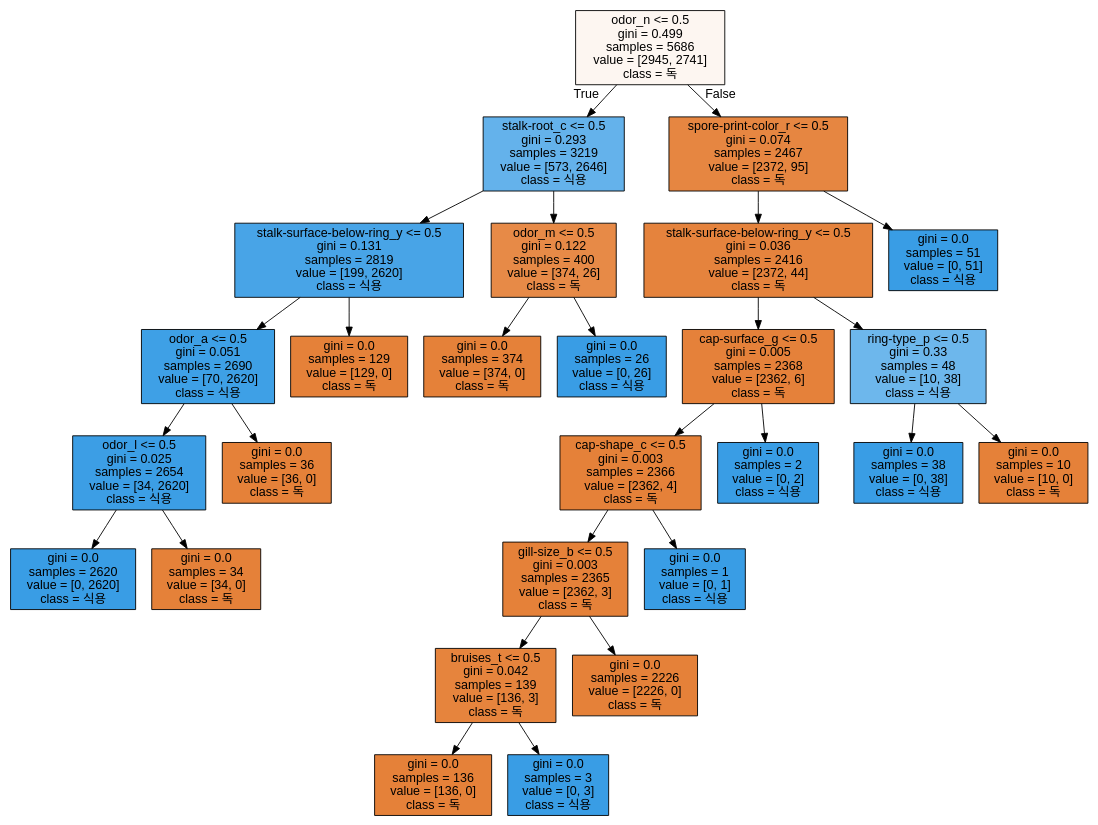
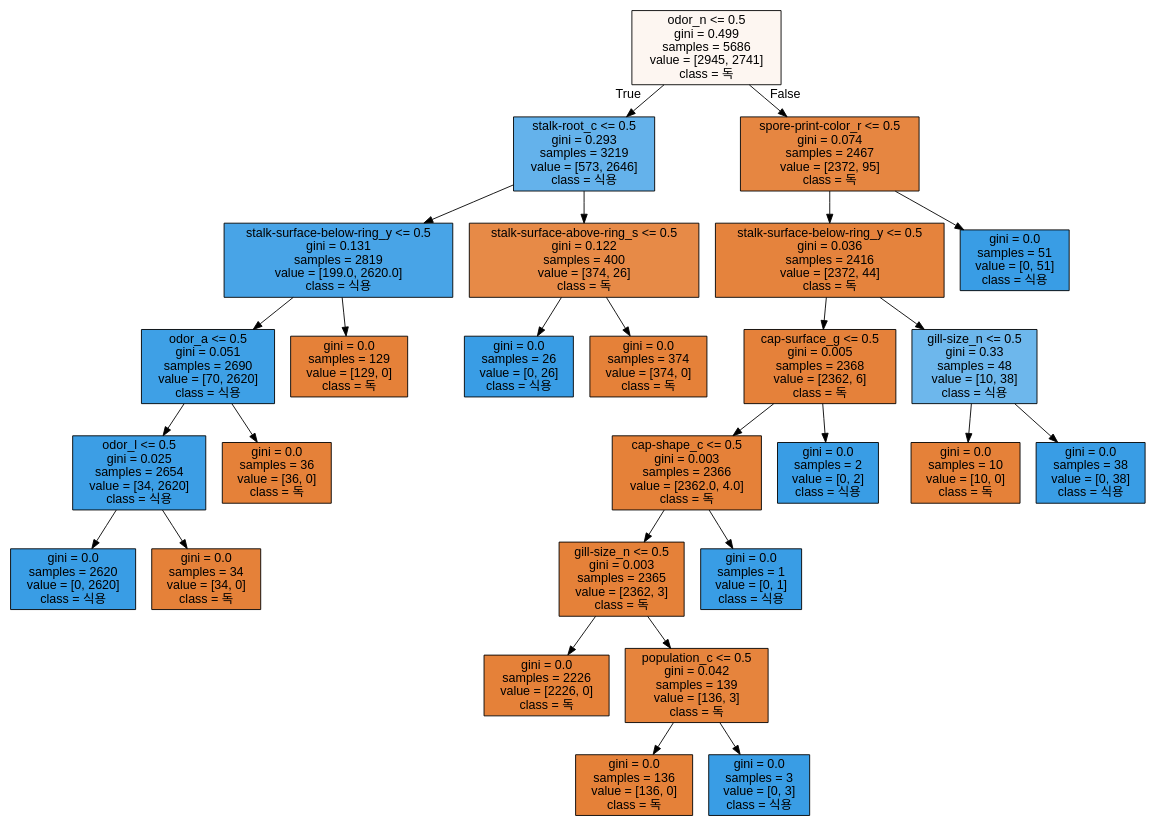
Before and after one commit to anhyunji494/python-basic: the diagram in 5. Machine Learning/data/tree1.dot, drawn with Graphviz. The commit also changed 2 other files, not shown here.

```diff
--- a/5. Machine Learning/data/tree1.dot
+++ b/5. Machine Learning/data/tree1.dot
@@ -1,57 +1,57 @@
 digraph Tree {
 node [shape=box, style="filled", color="black", fontname="helvetica"] ;
 edge [fontname="helvetica"] ;
 0 [label="odor_n <= 0.5\ngini = 0.499\nsamples = 5686\nvalue = [2945, 2741]\nclass = 독", fillcolor="#fdf6f1"] ;
 1 [label="stalk-root_c <= 0.5\ngini = 0.293\nsamples = 3219\nvalue = [573, 2646]\nclass = 식용", fillcolor="#64b2eb"] ;
 0 -> 1 [labeldistance=2.5, labelangle=45, headlabel="True"] ;
-2 [label="stalk-surface-below-ring_y <= 0.5\ngini = 0.131\nsamples = 2819\nvalue = [199, 2620]\nclass = 식용", fillcolor="#48a4e7"] ;
+2 [label="stalk-surface-below-ring_y <= 0.5\ngini = 0.131\nsamples = 2819\nvalue = [199.0, 2620.0]\nclass = 식용", fillcolor="#48a4e7"] ;
 1 -> 2 ;
 3 [label="odor_a <= 0.5\ngini = 0.051\nsamples = 2690\nvalue = [70, 2620]\nclass = 식용", fillcolor="#3ea0e6"] ;
 2 -> 3 ;
 4 [label="odor_l <= 0.5\ngini = 0.025\nsamples = 2654\nvalue = [34, 2620]\nclass = 식용", fillcolor="#3c9ee5"] ;
 3 -> 4 ;
 5 [label="gini = 0.0\nsamples = 2620\nvalue = [0, 2620]\nclass = 식용", fillcolor="#399de5"] ;
 4 -> 5 ;
 6 [label="gini = 0.0\nsamples = 34\nvalue = [34, 0]\nclass = 독", fillcolor="#e58139"] ;
 4 -> 6 ;
 7 [label="gini = 0.0\nsamples = 36\nvalue = [36, 0]\nclass = 독", fillcolor="#e58139"] ;
 3 -> 7 ;
 8 [label="gini = 0.0\nsamples = 129\nvalue = [129, 0]\nclass = 독", fillcolor="#e58139"] ;
 2 -> 8 ;
-9 [label="odor_m <= 0.5\ngini = 0.122\nsamples = 400\nvalue = [374, 26]\nclass = 독", fillcolor="#e78a47"] ;
+9 [label="stalk-surface-above-ring_s <= 0.5\ngini = 0.122\nsamples = 400\nvalue = [374, 26]\nclass = 독", fillcolor="#e78a47"] ;
 1 -> 9 ;
-10 [label="gini = 0.0\nsamples = 374\nvalue = [374, 0]\nclass = 독", fillcolor="#e58139"] ;
+10 [label="gini = 0.0\nsamples = 26\nvalue = [0, 26]\nclass = 식용", fillcolor="#399de5"] ;
 9 -> 10 ;
-11 [label="gini = 0.0\nsamples = 26\nvalue = [0, 26]\nclass = 식용", fillcolor="#399de5"] ;
+11 [label="gini = 0.0\nsamples = 374\nvalue = [374, 0]\nclass = 독", fillcolor="#e58139"] ;
 9 -> 11 ;
 12 [label="spore-print-color_r <= 0.5\ngini = 0.074\nsamples = 2467\nvalue = [2372, 95]\nclass = 독", fillcolor="#e68641"] ;
 0 -> 12 [labeldistance=2.5, labelangle=-45, headlabel="False"] ;
 13 [label="stalk-surface-below-ring_y <= 0.5\ngini = 0.036\nsamples = 2416\nvalue = [2372, 44]\nclass = 독", fillcolor="#e5833d"] ;
 12 -> 13 ;
 14 [label="cap-surface_g <= 0.5\ngini = 0.005\nsamples = 2368\nvalue = [2362, 6]\nclass = 독", fillcolor="#e5813a"] ;
 13 -> 14 ;
-15 [label="cap-shape_c <= 0.5\ngini = 0.003\nsamples = 2366\nvalue = [2362, 4]\nclass = 독", fillcolor="#e58139"] ;
+15 [label="cap-shape_c <= 0.5\ngini = 0.003\nsamples = 2366\nvalue = [2362.0, 4.0]\nclass = 독", fillcolor="#e58139"] ;
 14 -> 15 ;
-16 [label="gill-size_b <= 0.5\ngini = 0.003\nsamples = 2365\nvalue = [2362, 3]\nclass = 독", fillcolor="#e58139"] ;
+16 [label="gill-size_n <= 0.5\ngini = 0.003\nsamples = 2365\nvalue = [2362, 3]\nclass = 독", fillcolor="#e58139"] ;
 15 -> 16 ;
-17 [label="bruises_t <= 0.5\ngini = 0.042\nsamples = 139\nvalue = [136, 3]\nclass = 독", fillcolor="#e6843d"] ;
+17 [label="gini = 0.0\nsamples = 2226\nvalue = [2226, 0]\nclass = 독", fillcolor="#e58139"] ;
 16 -> 17 ;
-18 [label="gini = 0.0\nsamples = 136\nvalue = [136, 0]\nclass = 독", fillcolor="#e58139"] ;
-17 -> 18 ;
-19 [label="gini = 0.0\nsamples = 3\nvalue = [0, 3]\nclass = 식용", fillcolor="#399de5"] ;
-17 -> 19 ;
-20 [label="gini = 0.0\nsamples = 2226\nvalue = [2226, 0]\nclass = 독", fillcolor="#e58139"] ;
-16 -> 20 ;
+18 [label="population_c <= 0.5\ngini = 0.042\nsamples = 139\nvalue = [136, 3]\nclass = 독", fillcolor="#e6843d"] ;
+16 -> 18 ;
+19 [label="gini = 0.0\nsamples = 136\nvalue = [136, 0]\nclass = 독", fillcolor="#e58139"] ;
+18 -> 19 ;
+20 [label="gini = 0.0\nsamples = 3\nvalue = [0, 3]\nclass = 식용", fillcolor="#399de5"] ;
+18 -> 20 ;
 21 [label="gini = 0.0\nsamples = 1\nvalue = [0, 1]\nclass = 식용", fillcolor="#399de5"] ;
 15 -> 21 ;
 22 [label="gini = 0.0\nsamples = 2\nvalue = [0, 2]\nclass = 식용", fillcolor="#399de5"] ;
 14 -> 22 ;
-23 [label="ring-type_p <= 0.5\ngini = 0.33\nsamples = 48\nvalue = [10, 38]\nclass = 식용", fillcolor="#6db7ec"] ;
+23 [label="gill-size_n <= 0.5\ngini = 0.33\nsamples = 48\nvalue = [10, 38]\nclass = 식용", fillcolor="#6db7ec"] ;
 13 -> 23 ;
-24 [label="gini = 0.0\nsamples = 38\nvalue = [0, 38]\nclass = 식용", fillcolor="#399de5"] ;
+24 [label="gini = 0.0\nsamples = 10\nvalue = [10, 0]\nclass = 독", fillcolor="#e58139"] ;
 23 -> 24 ;
-25 [label="gini = 0.0\nsamples = 10\nvalue = [10, 0]\nclass = 독", fillcolor="#e58139"] ;
+25 [label="gini = 0.0\nsamples = 38\nvalue = [0, 38]\nclass = 식용", fillcolor="#399de5"] ;
 23 -> 25 ;
 26 [label="gini = 0.0\nsamples = 51\nvalue = [0, 51]\nclass = 식용", fillcolor="#399de5"] ;
 12 -> 26 ;
 }
```
